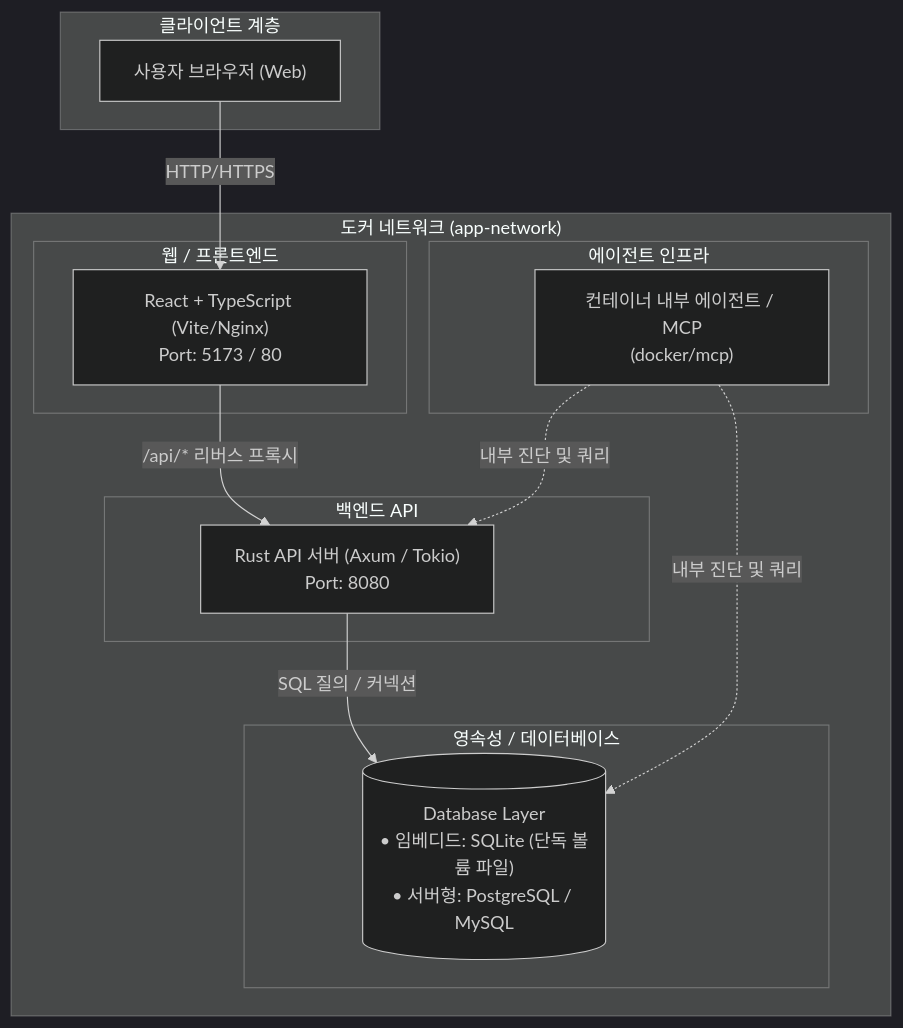
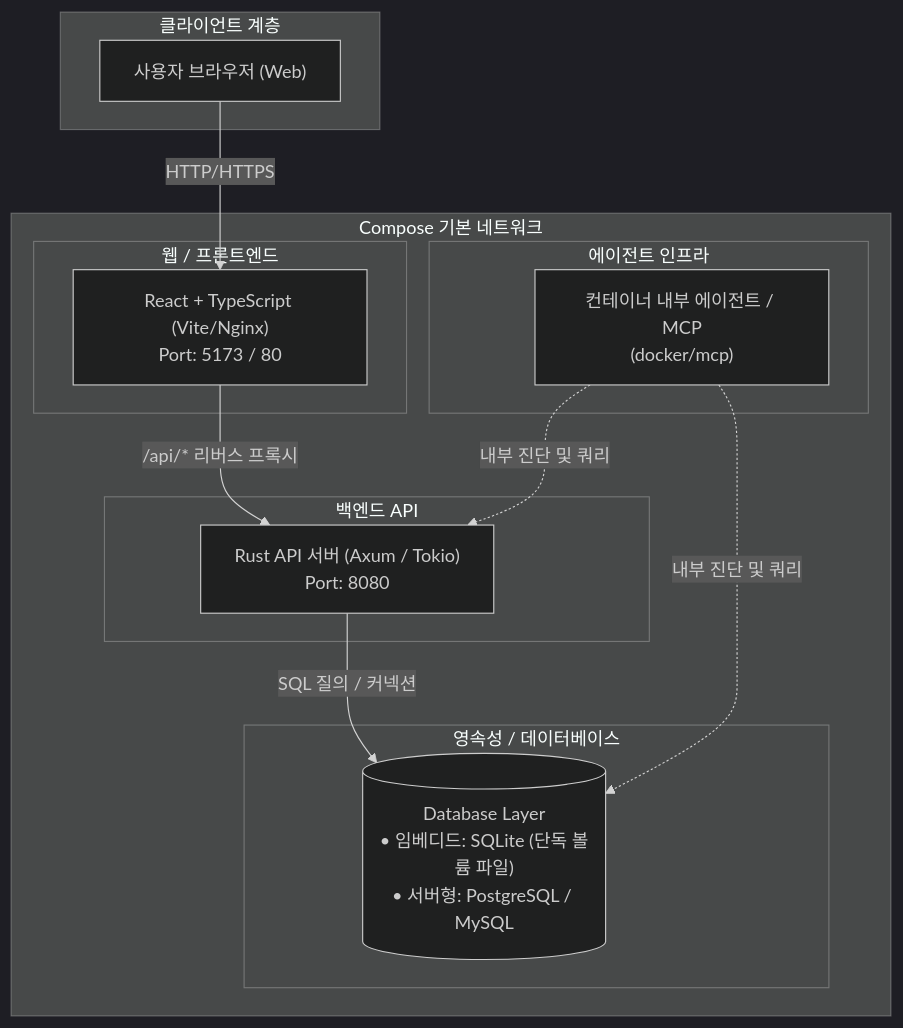
Before and after one commit to kjayvam/file-template: the diagram in docs/architecture.md, drawn with Mermaid (dark theme). The commit also changed 58 other files, not shown here.

````diff
--- a/docs/architecture.md
+++ b/docs/architecture.md
@@ -9,29 +9,29 @@
 ```mermaid
 flowchart TD
     subgraph ClientLayer["클라이언트 계층"]
         Browser["사용자 브라우저 (Web)"]
     end
 
-    subgraph ContainerNetwork["도커 네트워크 (app-network)"]
+    subgraph ContainerNetwork["Compose 기본 네트워크"]
         subgraph WebLayer["웹 / 프론트엔드"]
             Frontend["React + TypeScript (Vite/Nginx)<br/>Port: 5173 / 80"]
         end
 
         subgraph APILayer["백엔드 API"]
             Backend["Rust API 서버 (Axum / Tokio)<br/>Port: 8080"]
         end
 
         subgraph DataLayer["영속성 / 데이터베이스"]
             Database[("Database Layer<br/>• 임베디드: SQLite (단독 볼륨 파일)<br/>• 서버형: PostgreSQL / MySQL")]
         end
 
         subgraph AgentLayer["에이전트 인프라"]
             MCPRunner["컨테이너 내부 에이전트 / MCP<br/>(docker/mcp)"]
         end
     end
 
     Browser -->|HTTP/HTTPS| Frontend
     Frontend -->|/api/* 리버스 프록시| Backend
     Backend -->|SQL 질의 / 커넥션| Database
     MCPRunner -.->|내부 진단 및 쿼리| Backend & Database
 ```
````
